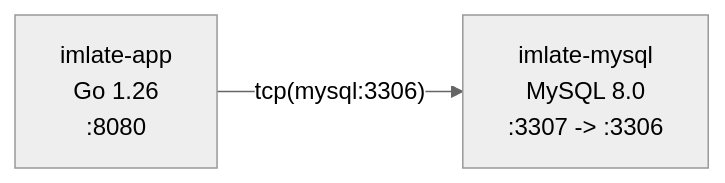
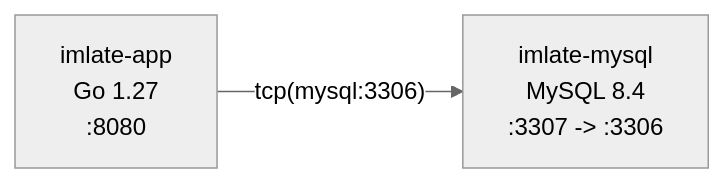
Before and after one commit to buzyka/imlate: the diagram in docs/infrastructure/README.md, drawn with Mermaid (neutral theme). The commit also changed other lines of this file and 17 other files, not shown here.

````diff
--- a/docs/infrastructure/README.md
+++ b/docs/infrastructure/README.md
@@ -11,7 +11,7 @@
 ```mermaid
 graph LR
-  App["imlate-app<br/>Go 1.26<br/>:8080"]
-  MySQL["imlate-mysql<br/>MySQL 8.0<br/>:3307 -> :3306"]
+  App["imlate-app<br/>Go 1.27<br/>:8080"]
+  MySQL["imlate-mysql<br/>MySQL 8.4<br/>:3307 -> :3306"]
 
   App -->|"tcp(mysql:3306)"| MySQL
 ```
````
